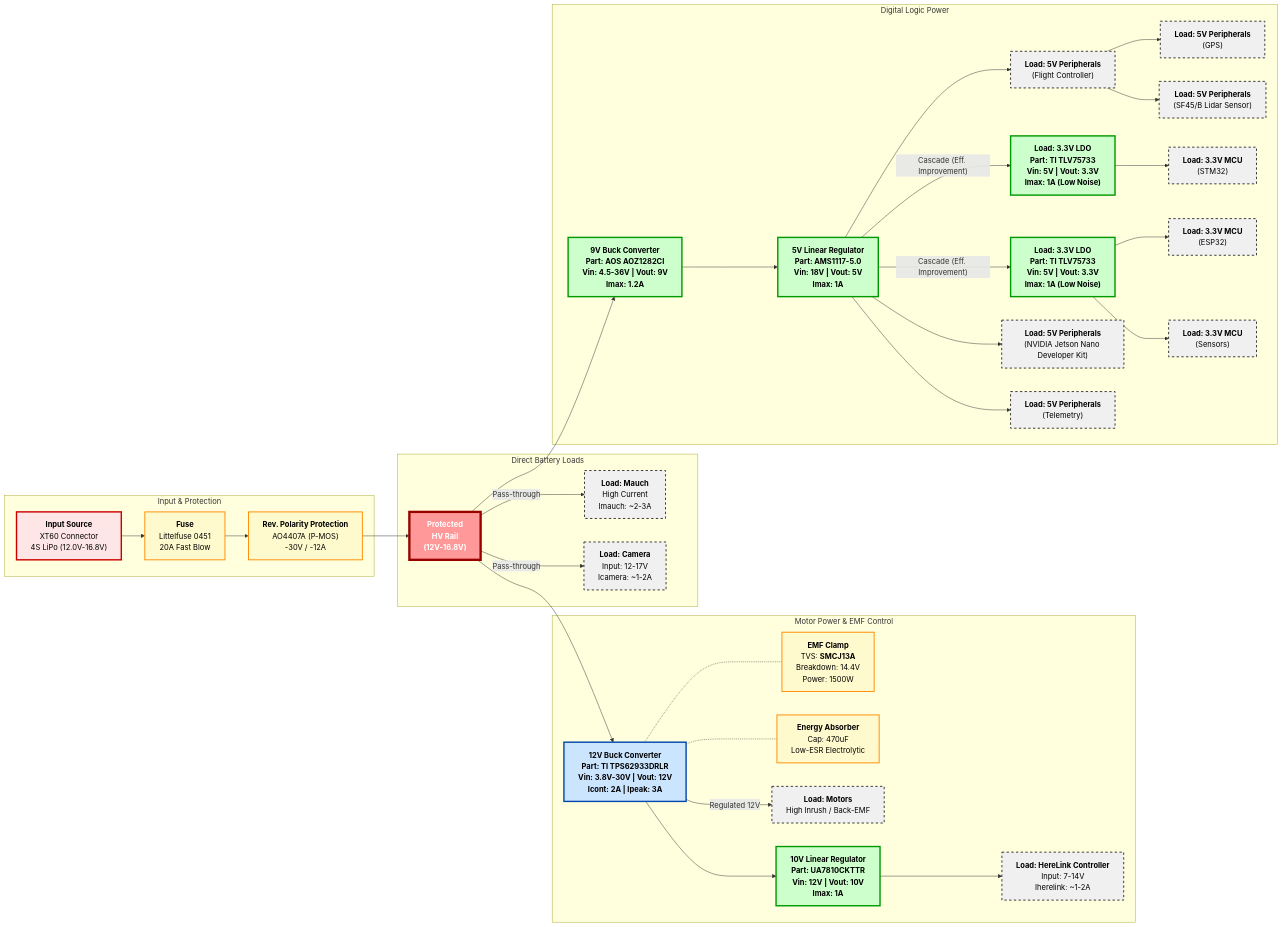
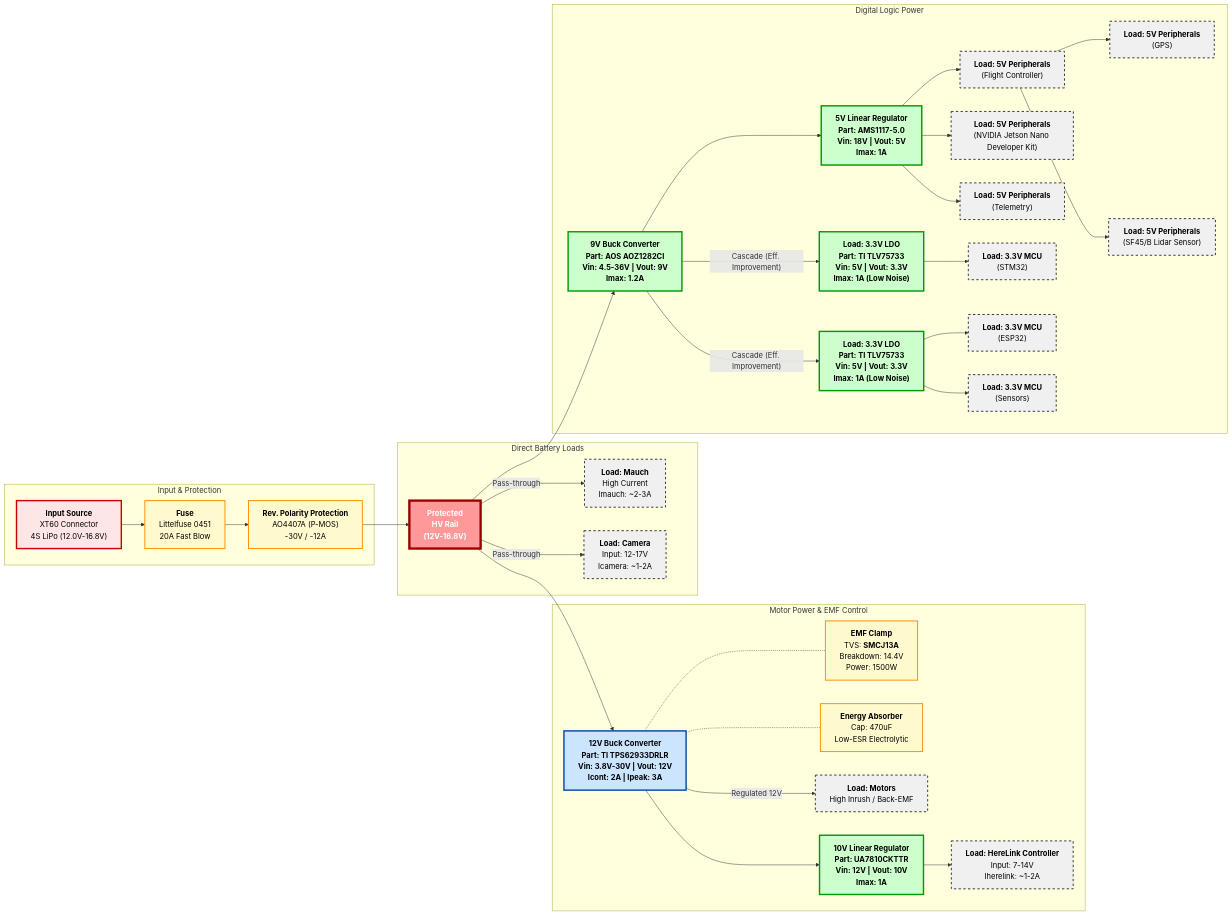
Before and after one commit to Alex-Eagles/Season_26_AE_Hardware_System: the diagram in README.md, drawn with Mermaid.

Commit message:
Update BUCK5 and BUCK9 connections in README

```diff
--- a/README.md
+++ b/README.md
@@ -68,13 +68,13 @@
 
         BUS_HV --> BUCK9
         BUCK9 --> BUCK5
-        BUCK5 -->|"Cascade (Eff. Improvement)"| LDO333
+        BUCK9 -->|"Cascade (Eff. Improvement)"| LDO333
         LDO333 --> MCUESS
         LDO33 --> MCUST
         LDO333 --> MCUES 
         BUCK5 --> COMP
         BUCK5 --> TEL
-        BUCK5 -->|"Cascade (Eff. Improvement)"| LDO33
+        BUCK9 -->|"Cascade (Eff. Improvement)"| LDO33
         BUCK5--> FC
         FC --> GPS
         FC --> LIDAR
```
